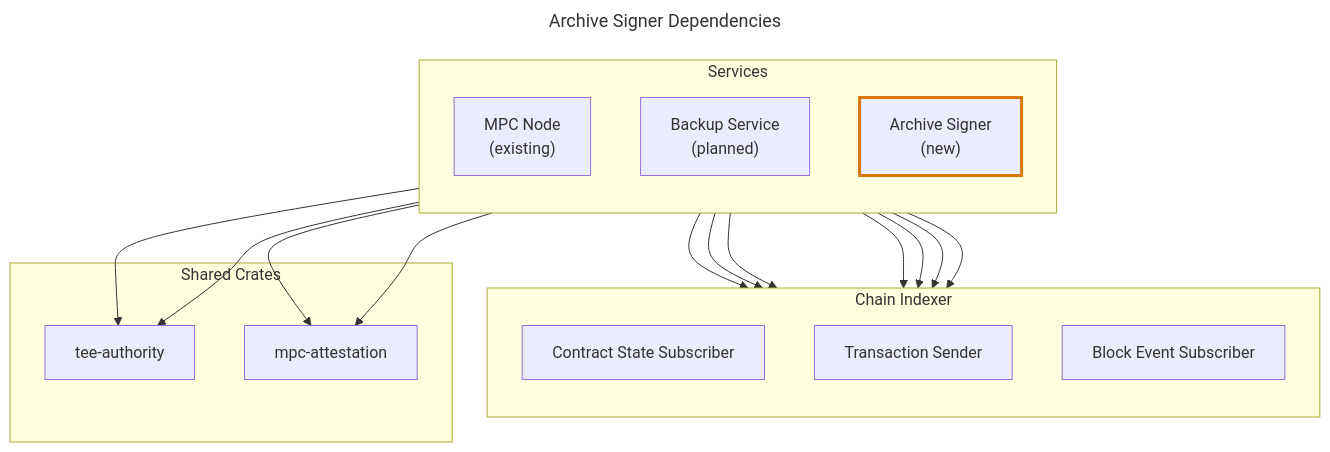
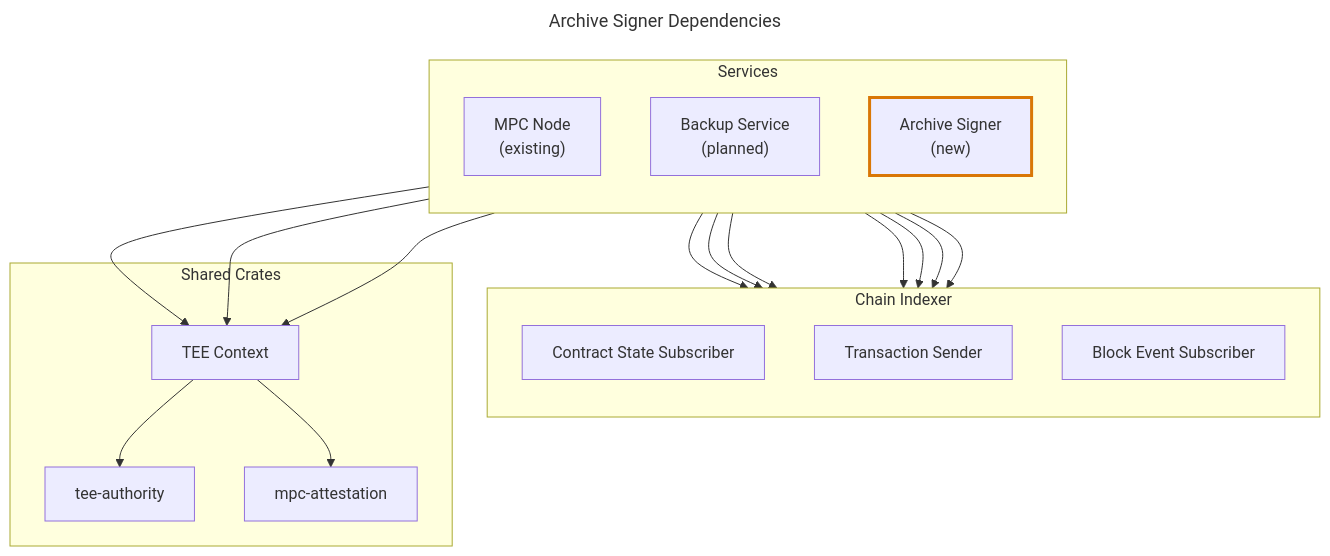
Before and after one commit to near/mpc: the second of 4 diagrams in docs/hot-tee-signing-design.md, drawn with Mermaid. The commit also changed other lines of this file, not shown here.

First line of the commit message:
Replacing HOT Context with a shared TEE Context crate (addressing PR review comment)

````diff
--- a/docs/hot-tee-signing-design.md
+++ b/docs/hot-tee-signing-design.md
@@ -123,44 +123,45 @@
 ```mermaid
 ---
 title: Archive Signer Dependencies
 ---
 flowchart TB
 
 subgraph SERVICES["Services"]
     direction TB
     MPC_NODE["MPC Node<br/>(existing)"]
     BACKUP["Backup Service<br/>(planned)"]
     HOT_APP["Archive Signer<br/>(new)"]
 end
 
 subgraph CHAIN["Chain Indexer"]
     direction TB
     CSUB["Contract State Subscriber"]
     TSEND["Transaction Sender"]
     BEVENTS["Block Event Subscriber"]
 end
 
 subgraph SHARED["Shared Crates"]
+    TEE_CTX["TEE Context"]
     TEE_AUTH["tee-authority"]
     ATTEST["mpc-attestation"]
 end
 
 MPC_NODE --> CSUB
 MPC_NODE --> TSEND
 MPC_NODE --> BEVENTS
+MPC_NODE --> TEE_CTX
 
 BACKUP --> CSUB
 BACKUP --> TSEND
+BACKUP --> TEE_CTX
 
 HOT_APP --> CSUB
 HOT_APP --> TSEND
+HOT_APP --> TEE_CTX
 
-HOT_APP --> TEE_AUTH
-HOT_APP --> ATTEST
-
-MPC_NODE --> TEE_AUTH
-MPC_NODE --> ATTEST
+TEE_CTX --> TEE_AUTH
+TEE_CTX --> ATTEST
 
 classDef new stroke:#d97706,stroke-width:3px;
 class HOT_APP new;
 ```
````
